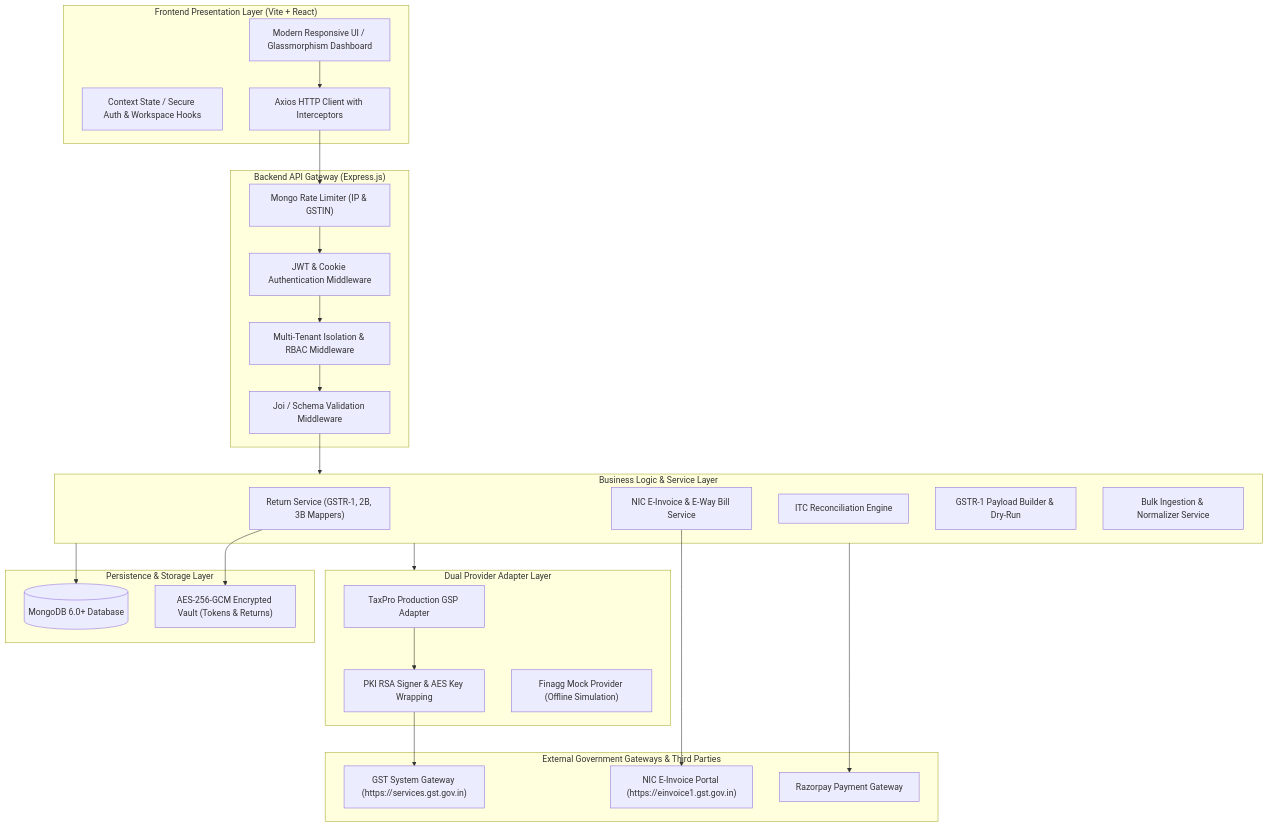
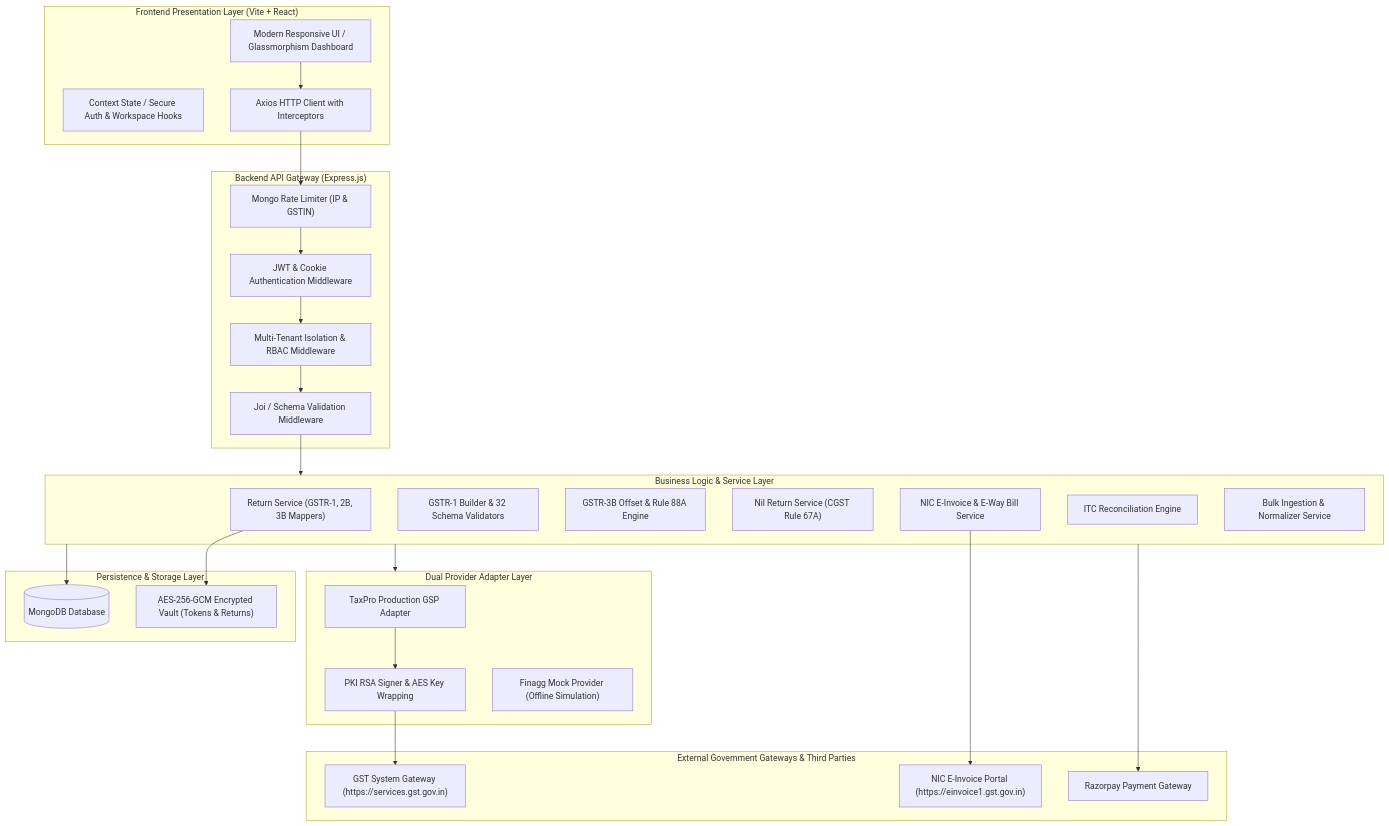
One commit to vikramKumar-code/GST-Comliance changed the first of 5 diagrams in README.md. Above: the diagram before and after it, drawn with Mermaid. The commit also changed other lines of this file and 2 other files, not shown here.

````diff
--- a/README.md
+++ b/README.md
@@ -88,56 +94,58 @@
 ```mermaid
 graph TB
     subgraph ClientLayer["Frontend Presentation Layer (Vite + React)"]
         UI["Modern Responsive UI / Glassmorphism Dashboard"]
         State["Context State / Secure Auth & Workspace Hooks"]
         AxiosClient["Axios HTTP Client with Interceptors"]
     end
 
     subgraph GatewayLayer["Backend API Gateway (Express.js)"]
         MW_RateLimit["Mongo Rate Limiter (IP & GSTIN)"]
         MW_Auth["JWT & Cookie Authentication Middleware"]
         MW_Tenancy["Multi-Tenant Isolation & RBAC Middleware"]
         MW_Validation["Joi / Schema Validation Middleware"]
     end
 
     subgraph ServiceLayer["Business Logic & Service Layer"]
         ReturnService["Return Service (GSTR-1, 2B, 3B Mappers)"]
+        Gstr1Service["GSTR-1 Builder & 32 Schema Validators"]
+        Gstr3bService["GSTR-3B Offset & Rule 88A Engine"]
+        NilReturnService["Nil Return Service (CGST Rule 67A)"]
         EInvService["NIC E-Invoice & E-Way Bill Service"]
         ReconService["ITC Reconciliation Engine"]
-        Gstr1Builder["GSTR-1 Payload Builder & Dry-Run"]
         ImportService["Bulk Ingestion & Normalizer Service"]
     end
 
     subgraph ProviderLayer["Dual Provider Adapter Layer"]
         TaxProAdapter["TaxPro Production GSP Adapter"]
         TaxProGsp["PKI RSA Signer & AES Key Wrapping"]
         MockAdapter["Finagg Mock Provider (Offline Simulation)"]
     end
 
     subgraph DataLayer["Persistence & Storage Layer"]
-        MongoDB[(MongoDB 6.0+ Database)]
+        MongoDB[(MongoDB Database)]
         EncryptedStore["AES-256-GCM Encrypted Vault (Tokens & Returns)"]
     end
 
     subgraph ExternalServices["External Government Gateways & Third Parties"]
         GSTN["GST System Gateway (https://services.gst.gov.in)"]
         NIC["NIC E-Invoice Portal (https://einvoice1.gst.gov.in)"]
         Razorpay["Razorpay Payment Gateway"]
     end
 
     UI --> AxiosClient
     AxiosClient --> MW_RateLimit
     MW_RateLimit --> MW_Auth
     MW_Auth --> MW_Tenancy
     MW_Tenancy --> MW_Validation
     MW_Validation --> ServiceLayer
 
     ServiceLayer --> ProviderLayer
     ServiceLayer --> MongoDB
     ReturnService --> EncryptedStore
 
     TaxProAdapter --> TaxProGsp
     TaxProGsp --> GSTN
     EInvService --> NIC
     ServiceLayer --> Razorpay
 ```
````
